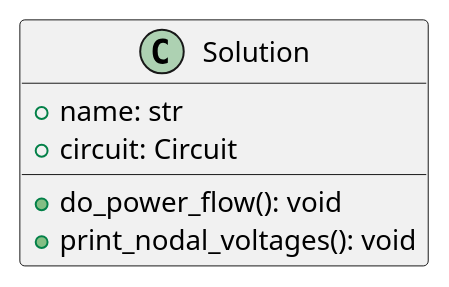
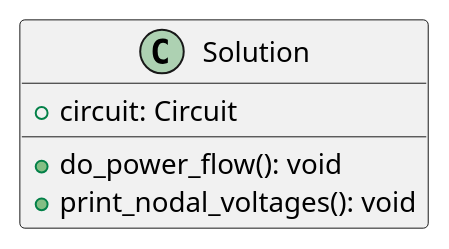
The fourth of 4 diagrams in project1.plantuml (JLipnerPitt/ECE2774-ADV-POWER-SYSTEMS-ANALYSIS), drawn with PlantUML before and after one commit. The commit also changed 7 other files, not shown here.

```diff
--- a/project1.plantuml
+++ b/project1.plantuml
@@ -66,8 +66,7 @@
 @startuml Solution
 class Solution {
-    +name: str
     +circuit: Circuit
     +do_power_flow(): void
     +print_nodal_voltages(): void
 }
 @enduml
```
